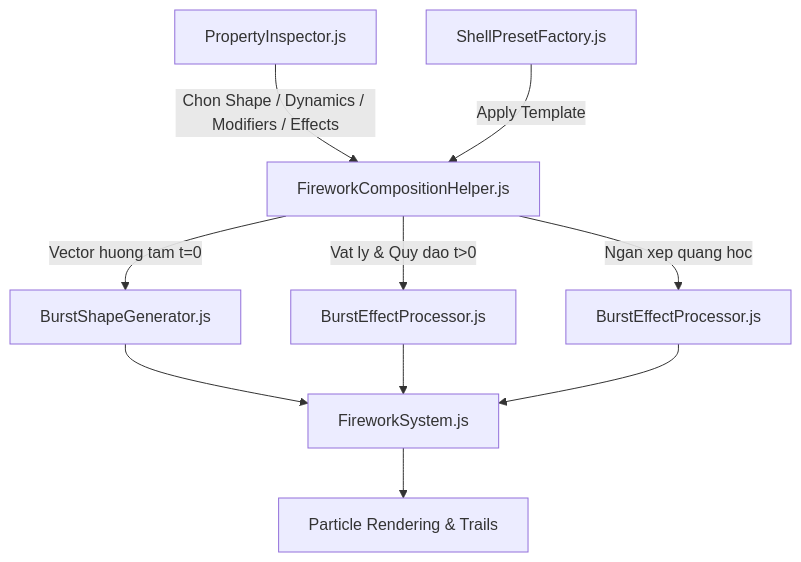
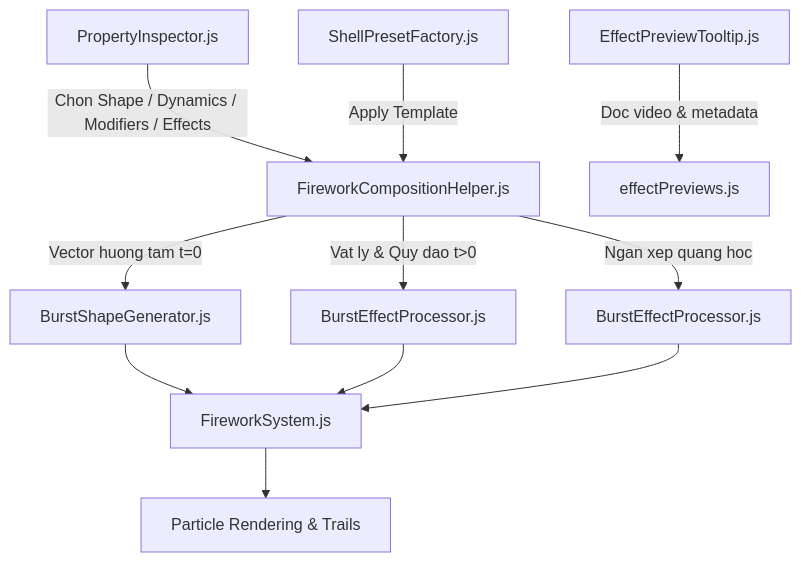
One commit to ThAolInh20/Shell-Drone-Editor changed the diagram in .agents/skills/ds-create-shell/workflow.md. Above: the diagram before and after it, drawn with Mermaid. The commit also changed other lines of this file and 51 other files, not shown here.

First line of the commit message:
feat: add live hover video preview tooltip and custom select component for firework effects

````diff
--- a/.agents/skills/ds-create-shell/workflow.md
+++ b/.agents/skills/ds-create-shell/workflow.md
@@ -11,12 +11,13 @@
 ```mermaid
 graph TD
     UI[PropertyInspector.js] -->|Chon Shape / Dynamics / Modifiers / Effects| COMP[FireworkCompositionHelper.js]
     PRESET[ShellPresetFactory.js] -->|Apply Template| COMP
     COMP -->|Vector huong tam t=0| SHAPE[BurstShapeGenerator.js]
     COMP -->|Vat ly & Quy dao t>0| DYN[BurstEffectProcessor.js]
     COMP -->|Ngan xep quang hoc| EFF[BurstEffectProcessor.js]
     SHAPE --> SYS[FireworkSystem.js]
     DYN --> SYS
     EFF --> SYS
     SYS --> PART[Particle Rendering & Trails]
+    TOOLTIP[EffectPreviewTooltip.js] -->|Doc video & metadata| PREV[effectPreviews.js]
 ```
````
